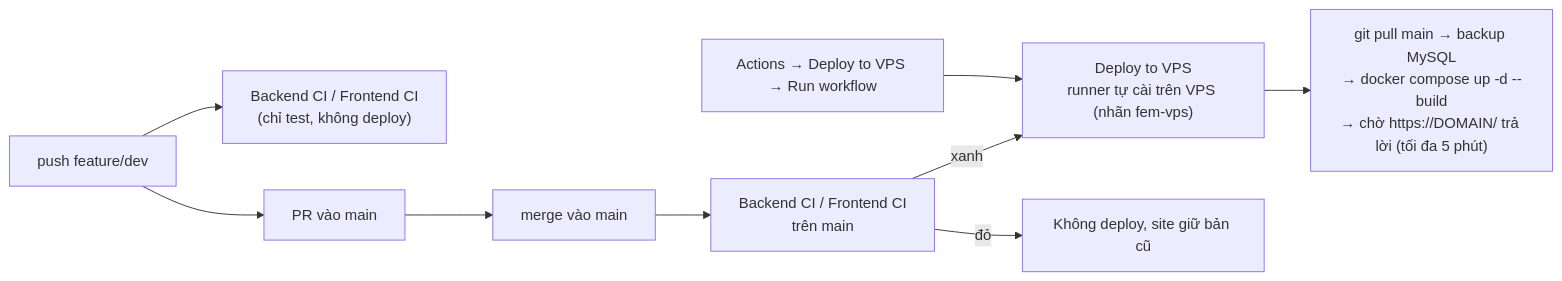
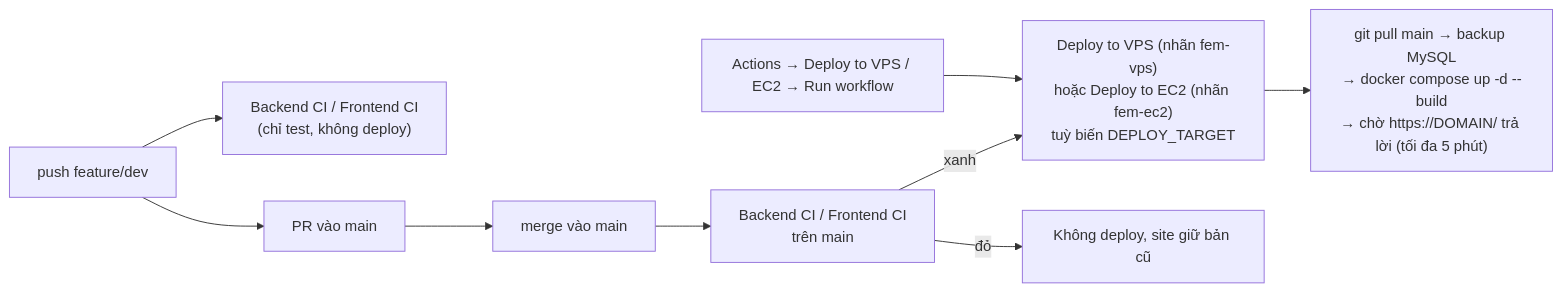
Before and after one commit to boyquynhluu/family-expense-manager: diagram 43 of 44 in README.md, drawn with Mermaid. The commit also changed other lines of this file and 6 other files, not shown here.

````diff
--- a/README.md
+++ b/README.md
@@ -1506,10 +1506,10 @@
 ```mermaid
 flowchart LR
     A["push feature/dev"] --> CI1["Backend CI / Frontend CI<br/>(chỉ test, không deploy)"]
     A --> PR["PR vào main"] --> M["merge vào main"]
     M --> CI2["Backend CI / Frontend CI<br/>trên main"]
-    CI2 -- "xanh" --> D["Deploy to VPS<br/>runner tự cài trên VPS (nhãn fem-vps)"]
+    CI2 -- "xanh" --> D["Deploy to VPS (nhãn fem-vps)<br/>hoặc Deploy to EC2 (nhãn fem-ec2)<br/>tuỳ biến DEPLOY_TARGET"]
     CI2 -- "đỏ" --> X["Không deploy, site giữ bản cũ"]
     D --> S["git pull main → backup MySQL<br/>→ docker compose up -d --build<br/>→ chờ https://DOMAIN/ trả lời (tối đa 5 phút)"]
-    MAN["Actions → Deploy to VPS → Run workflow"] --> D
+    MAN["Actions → Deploy to VPS / EC2 → Run workflow"] --> D
 ```
````
